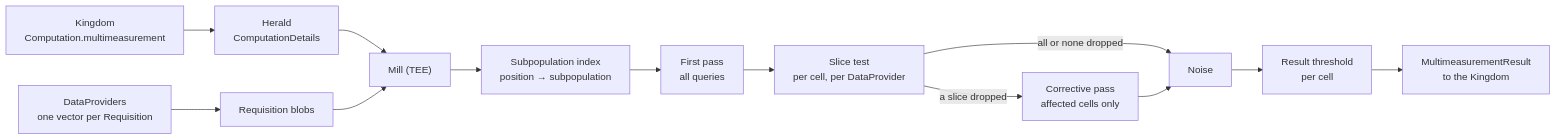
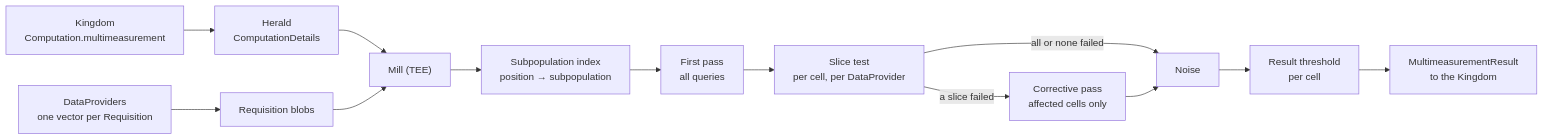
Before and after one commit to world-federation-of-advertisers/cross-media-measurement: the diagram in docs/trustee/v2-mill-evaluation.md, drawn with Mermaid. The commit also changed other lines of this file, not shown here.

````diff
--- a/docs/trustee/v2-mill-evaluation.md
+++ b/docs/trustee/v2-mill-evaluation.md
@@ -18,15 +18,15 @@
 ```mermaid
 flowchart LR
   K["Kingdom<br/>Computation.multimeasurement"] --> H["Herald<br/>ComputationDetails"]
   D["DataProviders<br/>one vector per Requisition"] --> B["Requisition blobs"]
   H --> M["Mill (TEE)"]
   B --> M
   M --> I["Subpopulation index<br/>position → subpopulation"]
   I --> E["First pass<br/>all queries"]
   E --> S["Slice test<br/>per cell, per DataProvider"]
-  S -- "a slice dropped" --> C["Corrective pass<br/>affected cells only"]
-  S -- "all or none dropped" --> N["Noise"]
+  S -- "a slice failed" --> C["Corrective pass<br/>affected cells only"]
+  S -- "all or none failed" --> N["Noise"]
   C --> N
   N --> T["Result threshold<br/>per cell"]
   T --> R["MultimeasurementResult<br/>to the Kingdom"]
 ```
````
